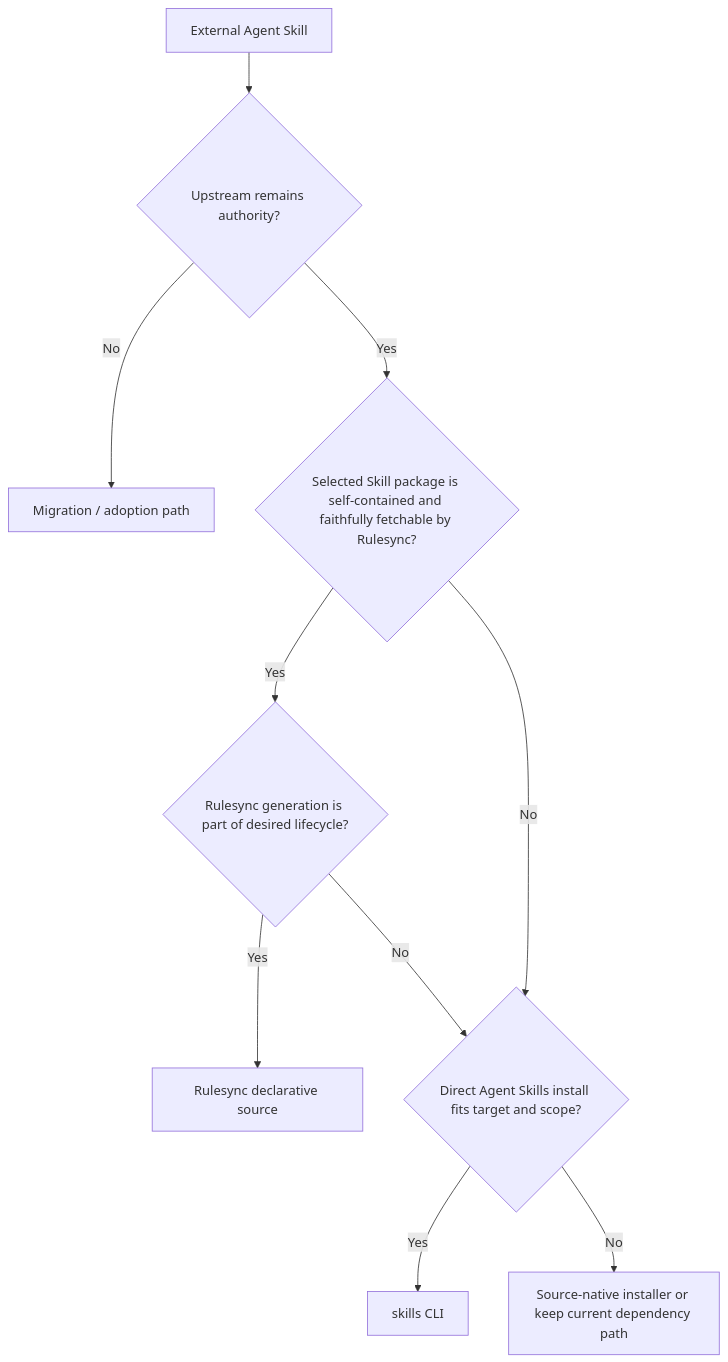
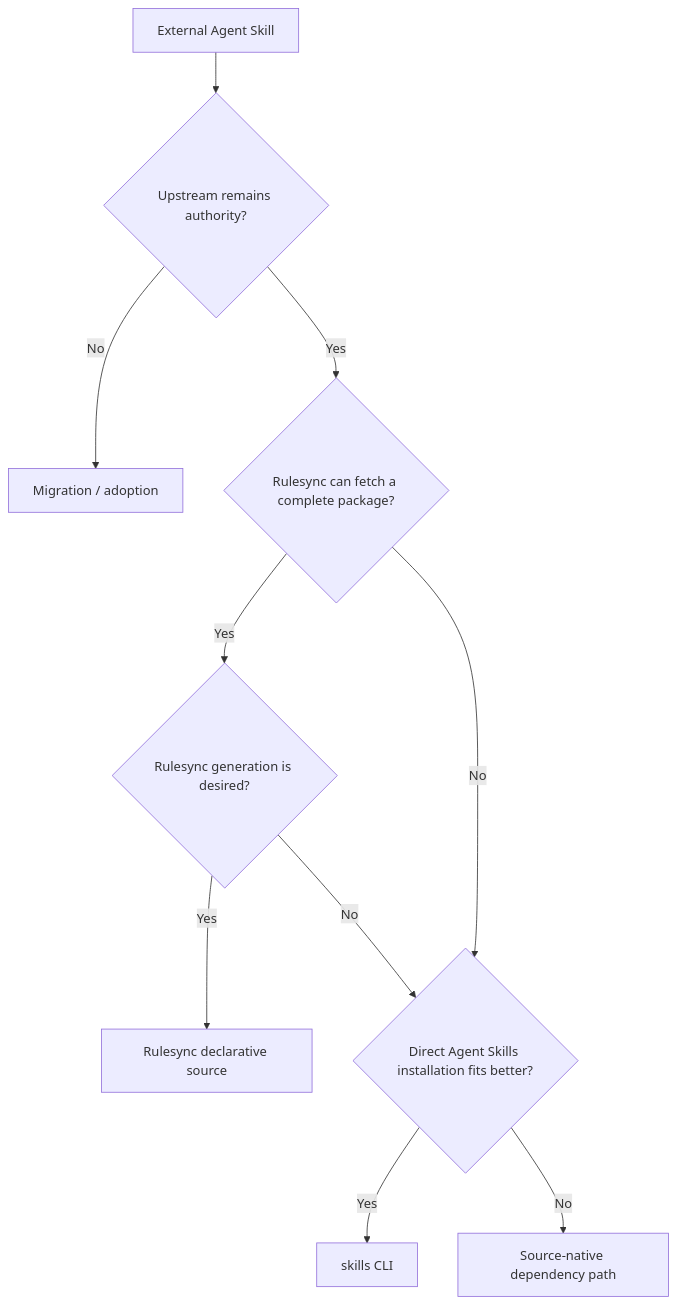
Before and after one commit to mols3131d/mols-agent-assets: the diagram in docs/references/patterns/context-engineering/external-skill-dependency-routing.md, drawn with Mermaid. The commit also changed other lines of this file, not shown here.

Commit message:
docs: simplify external skill dependency routing pattern

````diff
--- a/docs/references/patterns/context-engineering/external-skill-dependency-routing.md
+++ b/docs/references/patterns/context-engineering/external-skill-dependency-routing.md
@@ -141,12 +109,12 @@
 ```mermaid
 flowchart TD
     A[External Agent Skill] --> B{Upstream remains authority?}
-    B -->|No| M[Migration / adoption path]
-    B -->|Yes| C{Selected Skill package is self-contained and faithfully fetchable by Rulesync?}
-    C -->|Yes| D{Rulesync generation is part of desired lifecycle?}
+    B -->|No| M[Migration / adoption]
+    B -->|Yes| C{Rulesync can fetch a complete package?}
+    C -->|Yes| D{Rulesync generation is desired?}
     D -->|Yes| R[Rulesync declarative source]
-    D -->|No| S{Direct Agent Skills install fits target and scope?}
+    D -->|No| S{Direct Agent Skills installation fits better?}
     C -->|No| S
     S -->|Yes| K[skills CLI]
-    S -->|No| N[Source-native installer or keep current dependency path]
+    S -->|No| N[Source-native dependency path]
 ```
````
